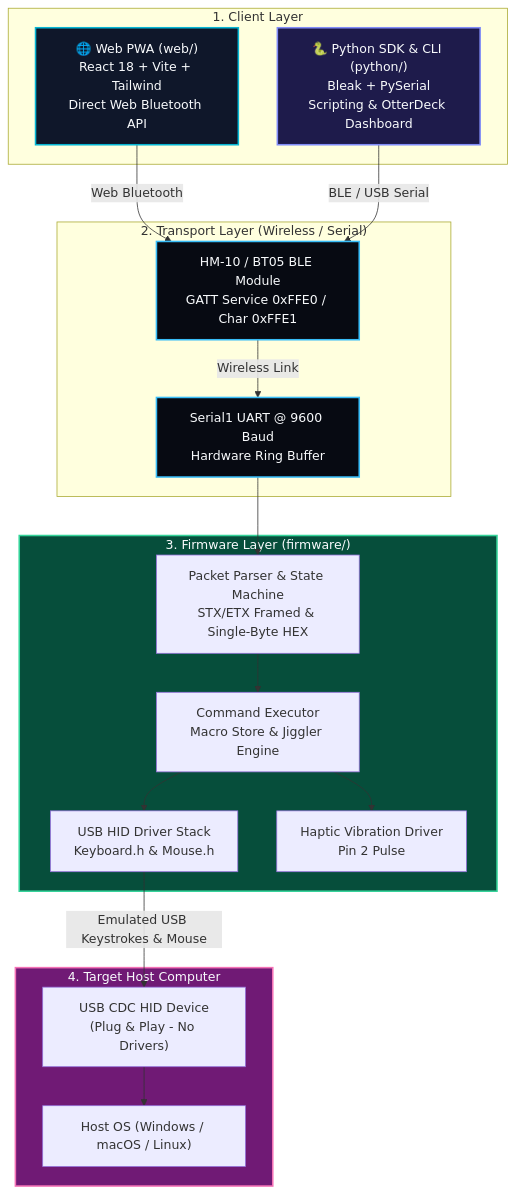
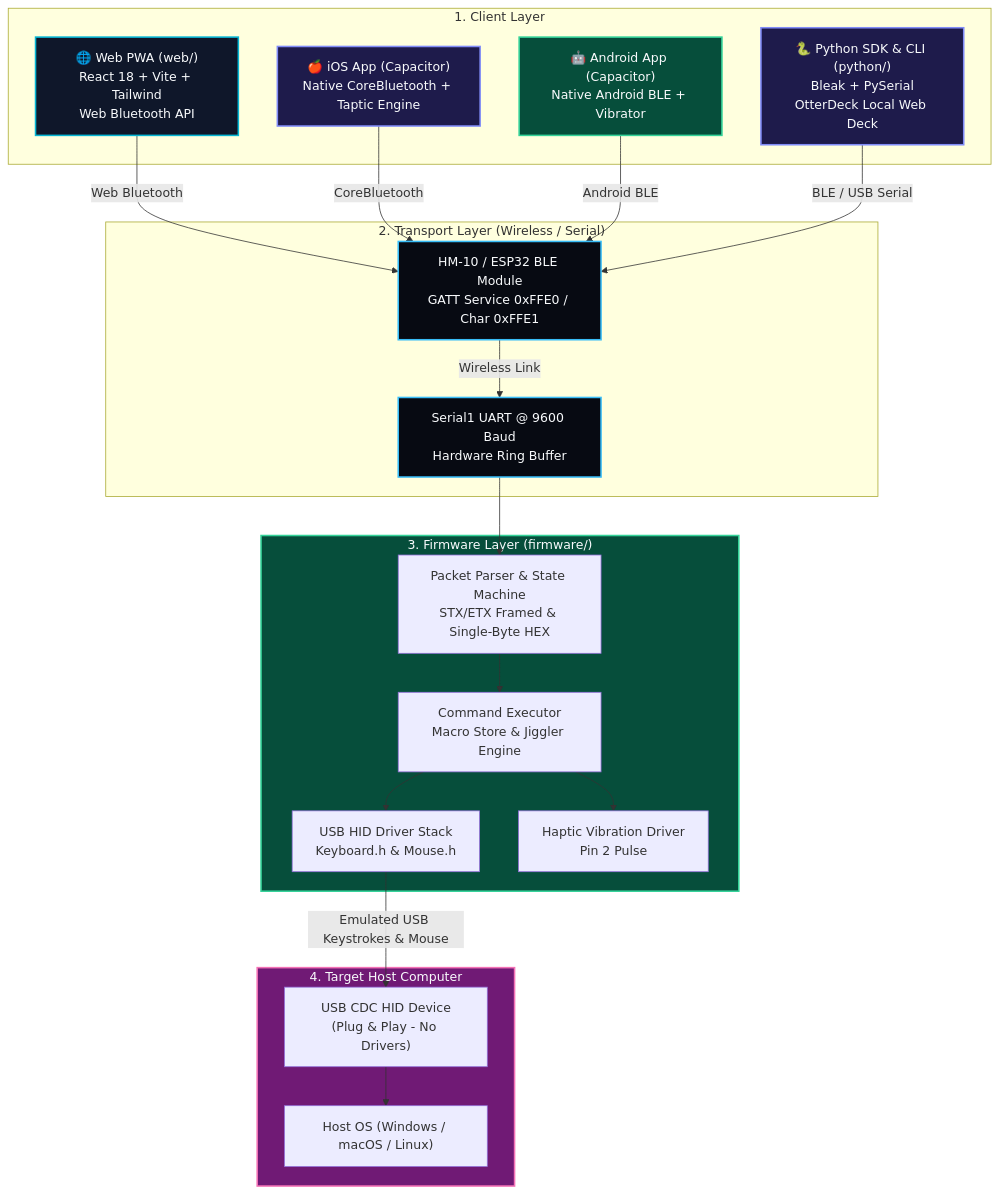
The diagram in README.md (AtaCanYmc/RubberOtter), drawn with Mermaid before and after one commit. The commit also changed other lines of this file and 1 other file, not shown here.

Commit message:
docs: update root and web READMEs with Capacitor native packaging and precision workstation features

````diff
--- a/README.md
+++ b/README.md
@@ -19,42 +30,48 @@
 ```mermaid
 graph TD
     subgraph Clients["1. Client Layer"]
-        WEB["🌐 Web PWA (web/)<br/>React 18 + Vite + Tailwind<br/>Direct Web Bluetooth API"]
-        PY_SDK["🐍 Python SDK & CLI (python/)<br/>Bleak + PySerial<br/>Scripting & OtterDeck Dashboard"]
+        WEB["🌐 Web PWA (web/)<br/>React 18 + Vite + Tailwind<br/>Web Bluetooth API"]
+        IOS["🍎 iOS App (Capacitor)<br/>Native CoreBluetooth + Taptic Engine"]
+        AND["🤖 Android App (Capacitor)<br/>Native Android BLE + Vibrator"]
+        PY_SDK["🐍 Python SDK & CLI (python/)<br/>Bleak + PySerial<br/>OtterDeck Local Web Deck"]
     end
 
     subgraph Transport["2. Transport Layer (Wireless / Serial)"]
-        BLE["HM-10 / BT05 BLE Module<br/>GATT Service 0xFFE0 / Char 0xFFE1"]
+        BLE["HM-10 / ESP32 BLE Module<br/>GATT Service 0xFFE0 / Char 0xFFE1"]
         UART["Serial1 UART @ 9600 Baud<br/>Hardware Ring Buffer"]
         BLE -->|"Wireless Link"| UART
     end
 
     subgraph FirmwareLayer["3. Firmware Layer (firmware/)"]
         PARSER["Packet Parser & State Machine<br/>STX/ETX Framed & Single-Byte HEX"]
         EXEC["Command Executor<br/>Macro Store & Jiggler Engine"]
         HID["USB HID Driver Stack<br/>Keyboard.h & Mouse.h"]
         VIB["Haptic Vibration Driver<br/>Pin 2 Pulse"]
 
         UART --> PARSER
         PARSER --> EXEC
         EXEC --> HID
         EXEC --> VIB
     end
 
     subgraph TargetPC["4. Target Host Computer"]
         USB["USB CDC HID Device<br/>(Plug & Play - No Drivers)"]
         OS["Host OS (Windows / macOS / Linux)"]
         HID -->|"Emulated USB Keystrokes & Mouse"| USB
         USB --> OS
     end
 
     WEB -->|"Web Bluetooth"| BLE
+    IOS -->|"CoreBluetooth"| BLE
+    AND -->|"Android BLE"| BLE
     PY_SDK -->|"BLE / USB Serial"| BLE
 
     style WEB fill:#0f172a,stroke:#06b6d4,stroke-width:2px,color:#f8fafc
+    style IOS fill:#1e1b4b,stroke:#818cf8,stroke-width:2px,color:#f8fafc
+    style AND fill:#064e3b,stroke:#34d399,stroke-width:2px,color:#f8fafc
     style PY_SDK fill:#1e1b4b,stroke:#818cf8,stroke-width:2px,color:#f8fafc
     style BLE fill:#070a12,stroke:#38bdf8,stroke-width:2px,color:#f8fafc
     style UART fill:#070a12,stroke:#38bdf8,stroke-width:2px,color:#f8fafc
     style FirmwareLayer fill:#064e3b,stroke:#34d399,stroke-width:2px,color:#f8fafc
     style TargetPC fill:#701a75,stroke:#f472b6,stroke-width:2px,color:#f8fafc
 ```
````
